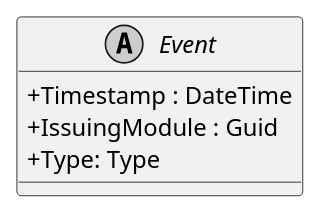
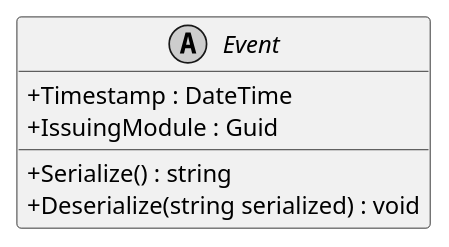
Before and after one commit to insightmind/MORR: the diagram in documents/sd/plantuml/application/Common/Shared/Events/Event.puml, drawn with PlantUML. The commit also changed 85 other files, not shown here.

Commit message:
Added diagrams for Core and Shared

```diff
--- a/documents/sd/plantuml/application/Common/Shared/Events/Event.puml
+++ b/documents/sd/plantuml/application/Common/Shared/Events/Event.puml
@@ -1,10 +1,11 @@
 @startuml
 skinparam monochrome true
 skinparam classAttributeIconSize 0
 
 abstract class Event {
     + Timestamp : DateTime
     + IssuingModule : Guid
-    + Type: Type
+    + Serialize() : string
+    + Deserialize(string serialized) : void
 }
 @enduml
```
